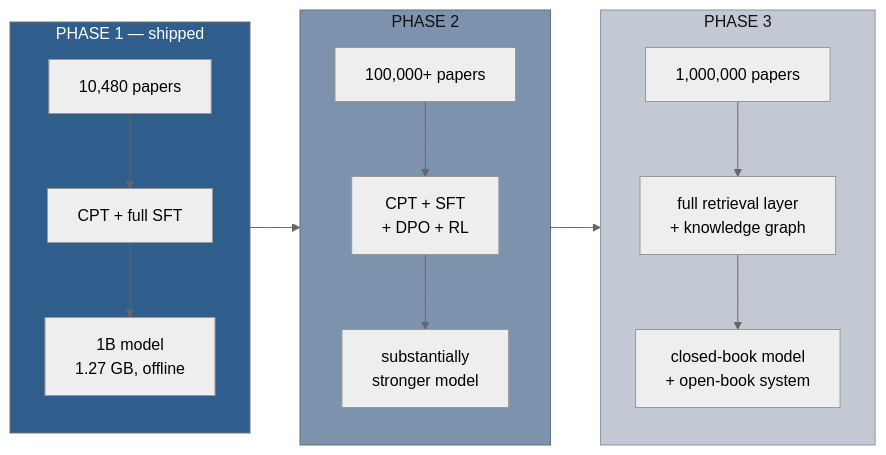
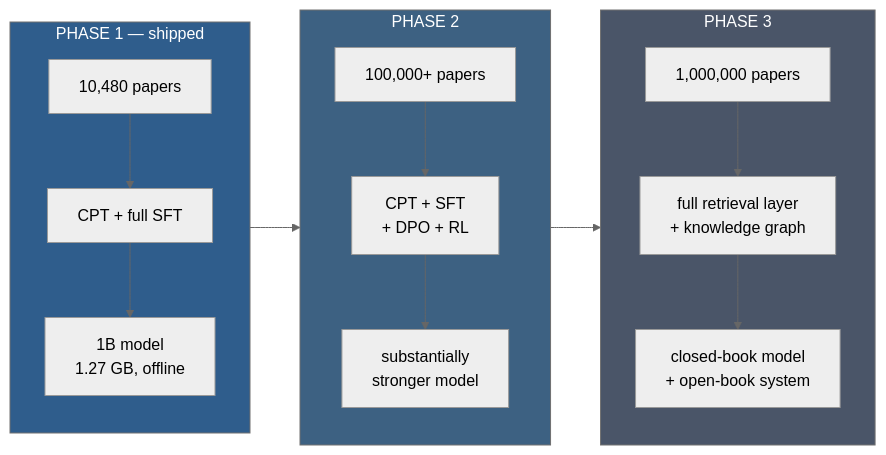
One commit to Otto-Destiny/mufasa changed diagram 19 of 19 in README.md. Above: the diagram before and after it, drawn with Mermaid (neutral theme). The commit also changed other lines of this file, not shown here.

First line of the commit message:
docs: fix unreadable diagram node and clipped chart axes

````diff
--- a/README.md
+++ b/README.md
@@ -684,16 +684,16 @@
 ```mermaid
 flowchart LR
     subgraph P1["PHASE 1 — shipped"]
         A1["10,480 papers"] --> A2["CPT + full SFT"] --> A3["1B model<br/>1.27 GB, offline"]
     end
     subgraph P2["PHASE 2"]
         B1["100,000+ papers"] --> B2["CPT + SFT<br/>+ DPO + RL"] --> B3["substantially<br/>stronger model"]
     end
     subgraph P3["PHASE 3"]
         C1["1,000,000 papers"] --> C2["full retrieval layer<br/>+ knowledge graph"] --> C3["closed-book model<br/>+ open-book system"]
     end
     P1 --> P2 --> P3
     style P1 fill:#2f5d8c,color:#fff
-    style P2 fill:#7d93ad,color:#111,stroke:#5d7086
-    style P3 fill:#c3c9d4,color:#111,stroke:#8d94a3
+    style P2 fill:#3d6182,color:#fff
+    style P3 fill:#4a5568,color:#fff
 ```
````
